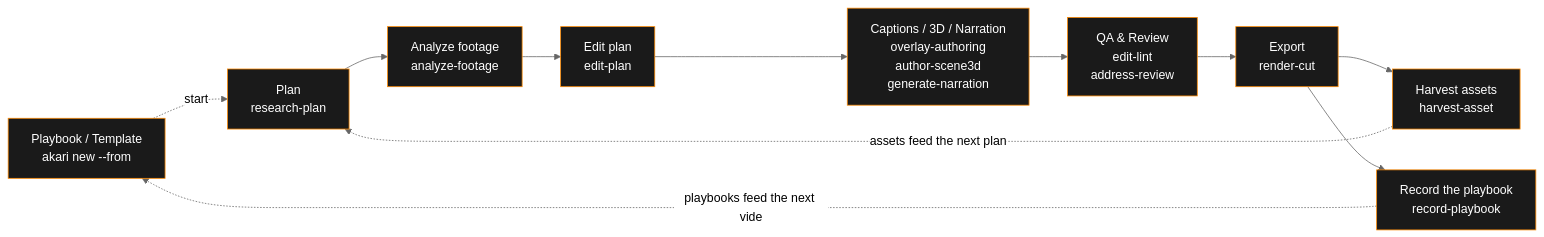
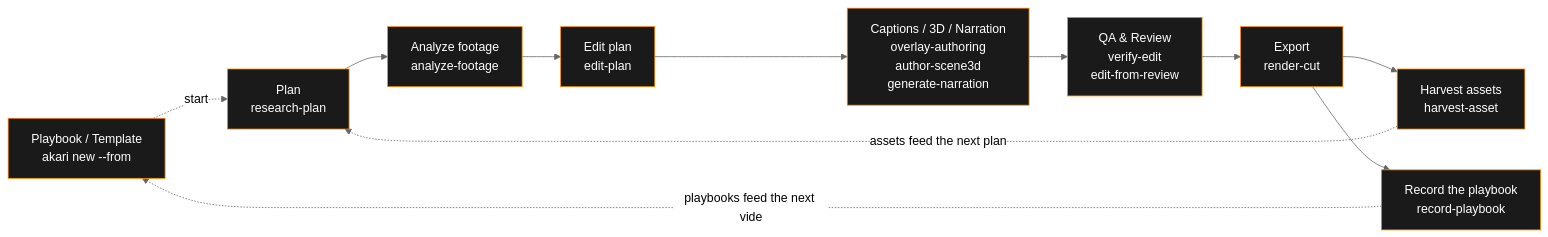
The diagram in README.md (AkariLabs/akari-video), drawn with Mermaid (neutral theme) before and after one commit. The commit also changed 217 other files, not shown here.

````diff
--- a/README.md
+++ b/README.md
@@ -96,15 +96,15 @@
 ```mermaid
 flowchart LR
     P["Playbook / Template<br/>akari new --from"] -.start.-> A
     A["Plan<br/>research-plan"] --> B["Analyze footage<br/>analyze-footage"]
     B --> C["Edit plan<br/>edit-plan"]
     C --> D["Captions / 3D / Narration<br/>overlay-authoring<br/>author-scene3d<br/>generate-narration"]
-    D --> E["QA & Review<br/>edit-lint<br/>address-review"]
+    D --> E["QA & Review<br/>verify-edit<br/>edit-from-review"]
     E --> F["Export<br/>render-cut"]
     F --> G["Harvest assets<br/>harvest-asset"]
     F --> H["Record the playbook<br/>record-playbook"]
     G -.assets feed the next plan.-> A
     H -.playbooks feed the next video.-> P
     classDef stage fill:#1a1a1a,stroke:#ff8a00,color:#ffffff
     class A,B,C,D,E,F,G,H,P stage
 ```
````
